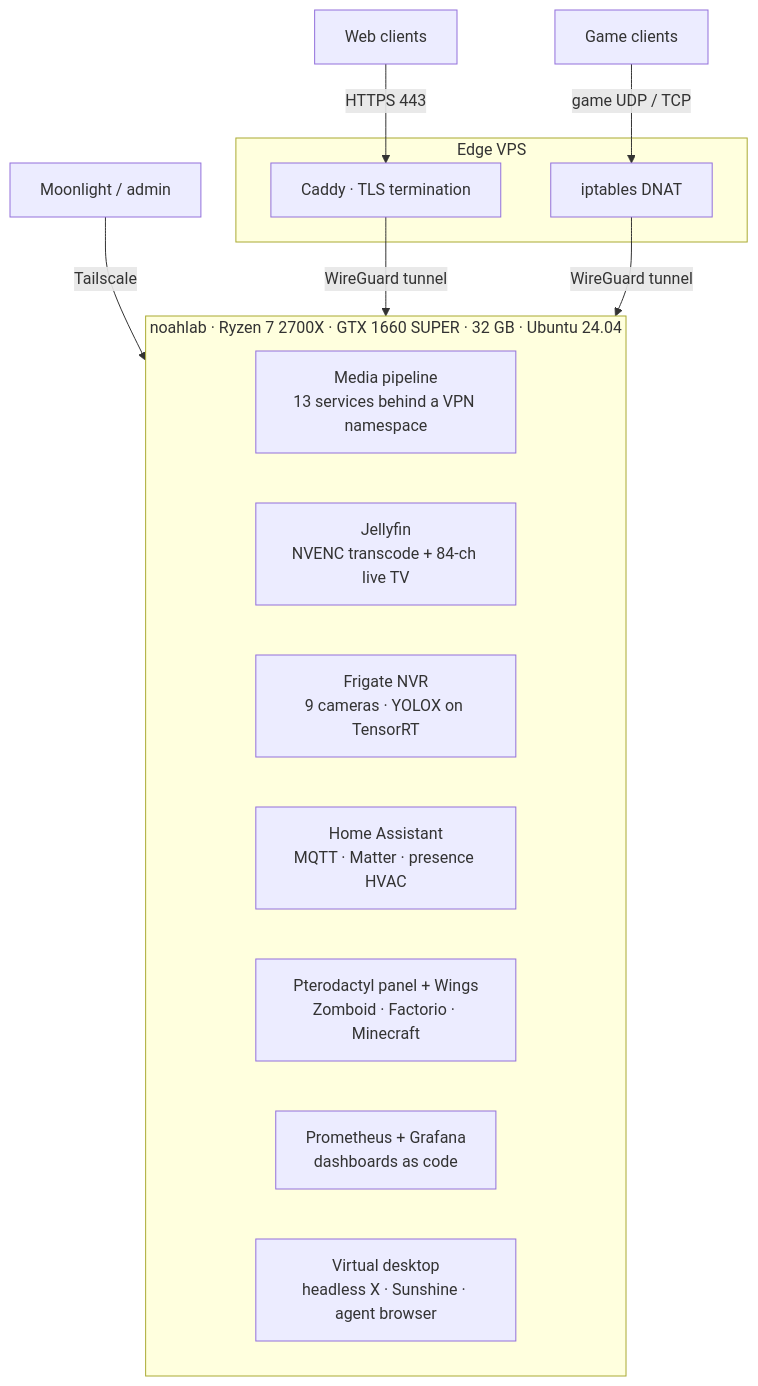
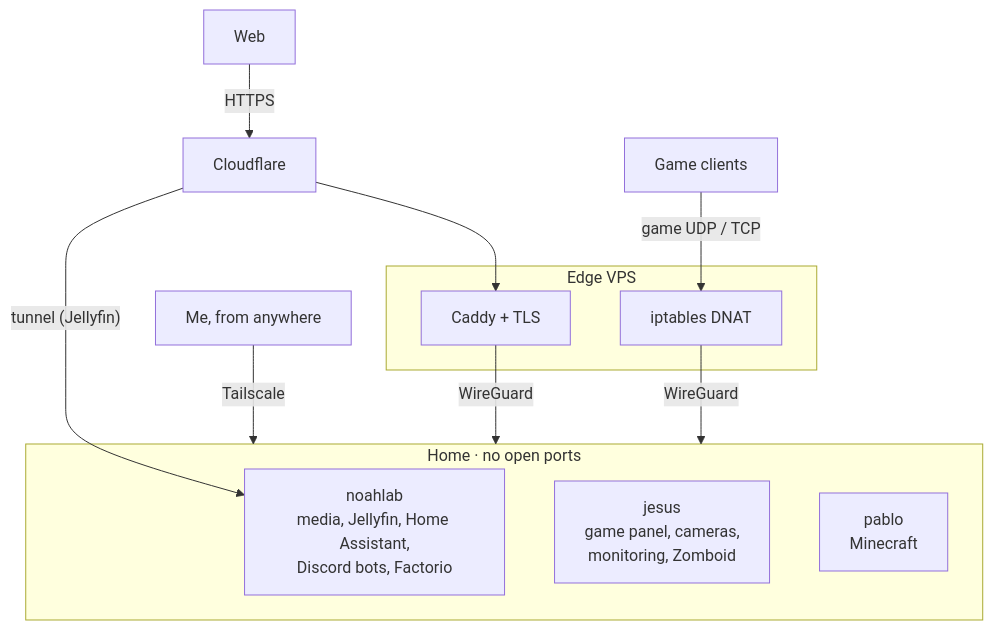
Before and after one commit to Milkhaus-tech/homelab: the diagram in README.md, drawn with Mermaid. The commit also changed other lines of this file, not shown here.

````diff
--- a/README.md
+++ b/README.md
@@ -22,24 +17,23 @@
 ```mermaid
 flowchart TB
-    web["Web clients"] -->|"HTTPS 443"| caddy
+    web["Web"] -->|HTTPS| cf["Cloudflare"]
     game["Game clients"] -->|"game UDP / TCP"| dnat
-    phone["Moonlight / admin"] -->|Tailscale| lab
+    me["Me, from anywhere"] -->|Tailscale| home
+
+    cf --> caddy
+    cf -->|"tunnel (Jellyfin)"| noahlab
 
     subgraph vps["Edge VPS"]
-        caddy["Caddy · TLS termination"]
+        caddy["Caddy + TLS"]
         dnat["iptables DNAT"]
     end
 
-    caddy -->|"WireGuard tunnel"| lab
-    dnat -->|"WireGuard tunnel"| lab
+    caddy -->|WireGuard| home
+    dnat -->|WireGuard| home
 
-    subgraph lab["noahlab · Ryzen 7 2700X · GTX 1660 SUPER · 32 GB · Ubuntu 24.04"]
-        media["Media pipeline<br/>13 services behind a VPN namespace"]
-        jelly["Jellyfin<br/>NVENC transcode + 84-ch live TV"]
-        nvr["Frigate NVR<br/>9 cameras · YOLOX on TensorRT"]
-        ha["Home Assistant<br/>MQTT · Matter · presence HVAC"]
-        games["Pterodactyl panel + Wings<br/>Zomboid · Factorio · Minecraft"]
-        mon["Prometheus + Grafana<br/>dashboards as code"]
-        vd["Virtual desktop<br/>headless X · Sunshine · agent browser"]
+    subgraph home["Home · no open ports"]
+        noahlab["noahlab<br/>media, Jellyfin, Home Assistant,<br/>Discord bots, Factorio"]
+        jesus["jesus<br/>game panel, cameras,<br/>monitoring, Zomboid"]
+        pablo["pablo<br/>Minecraft"]
     end
 ```
````
